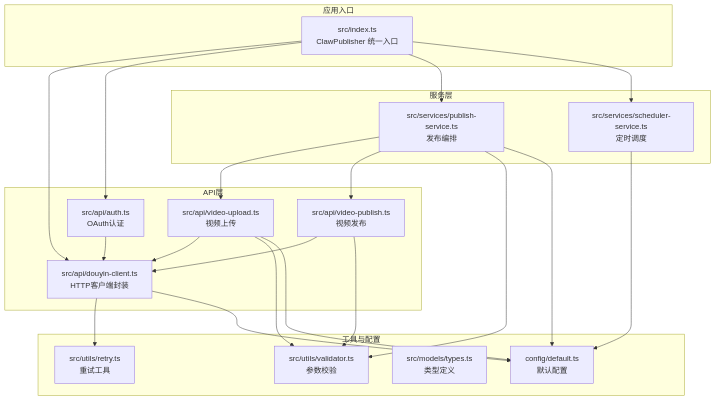
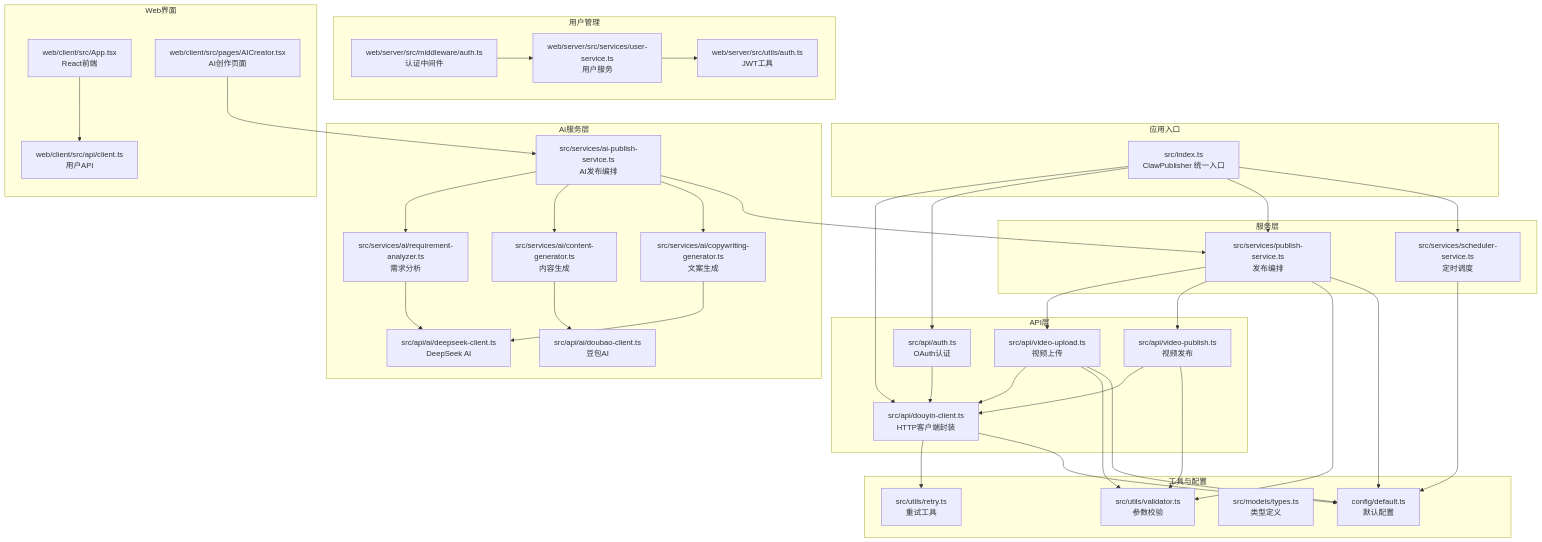
One commit to songdiyang/clawOperations changed the first of 9 diagrams in .qoder/repowiki/zh/content/API参考文档/抖音客户端API.md. Above: the diagram before and after it, drawn with Mermaid. The commit also changed other lines of this file and 47 other files, not shown here.

First line of the commit message:
feat: 添加服务器部署配置、MCP Server、应用图标和UI优化

````diff
--- a/.qoder/repowiki/zh/content/API参考文档/抖音客户端API.md
+++ b/.qoder/repowiki/zh/content/API参考文档/抖音客户端API.md
@@ -40,39 +69,68 @@
 ```mermaid
 graph TB
 subgraph "应用入口"
 IDX["src/index.ts<br/>ClawPublisher 统一入口"]
 end
 subgraph "API层"
 DC["src/api/douyin-client.ts<br/>HTTP客户端封装"]
 AUTH["src/api/auth.ts<br/>OAuth认证"]
 UP["src/api/video-upload.ts<br/>视频上传"]
 PUB["src/api/video-publish.ts<br/>视频发布"]
+end
+subgraph "AI服务层"
+AIPUB["src/services/ai-publish-service.ts<br/>AI发布编排"]
+REQ["src/services/ai/requirement-analyzer.ts<br/>需求分析"]
+CONTENT["src/services/ai/content-generator.ts<br/>内容生成"]
+COPY["src/services/ai/copywriting-generator.ts<br/>文案生成"]
+DEEP["src/api/ai/deepseek-client.ts<br/>DeepSeek AI"]
+DOUB["src/api/ai/doubao-client.ts<br/>豆包AI"]
+end
+subgraph "用户管理"
+USERSVC["web/server/src/services/user-service.ts<br/>用户服务"]
+AUTHMW["web/server/src/middleware/auth.ts<br/>认证中间件"]
+JWT["web/server/src/utils/auth.ts<br/>JWT工具"]
+end
+subgraph "Web界面"
+CLIENT["web/client/src/App.tsx<br/>React前端"]
+AICREATOR["web/client/src/pages/AICreator.tsx<br/>AI创作页面"]
+USERAPI["web/client/src/api/client.ts<br/>用户API"]
 end
 subgraph "服务层"
 PS["src/services/publish-service.ts<br/>发布编排"]
 SS["src/services/scheduler-service.ts<br/>定时调度"]
 end
 subgraph "工具与配置"
 RT["src/utils/retry.ts<br/>重试工具"]
 VD["src/utils/validator.ts<br/>参数校验"]
 TP["src/models/types.ts<br/>类型定义"]
 CFG["config/default.ts<br/>默认配置"]
 end
 IDX --> DC
 IDX --> AUTH
 IDX --> PS
 IDX --> SS
 PS --> UP
 PS --> PUB
 UP --> DC
 PUB --> DC
 AUTH --> DC
+AIPUB --> REQ
+AIPUB --> CONTENT
+AIPUB --> COPY
+REQ --> DEEP
+CONTENT --> DOUB
+COPY --> DEEP
+USERSVC --> JWT
+AUTHMW --> USERSVC
+CLIENT --> USERAPI
+AICREATOR --> AIPUB
+AIPUB --> PS
 DC --> RT
 UP --> VD
 PUB --> VD
 PS --> VD
 DC --> CFG
 UP --> CFG
 PS --> CFG
 SS --> CFG
 ```
````
